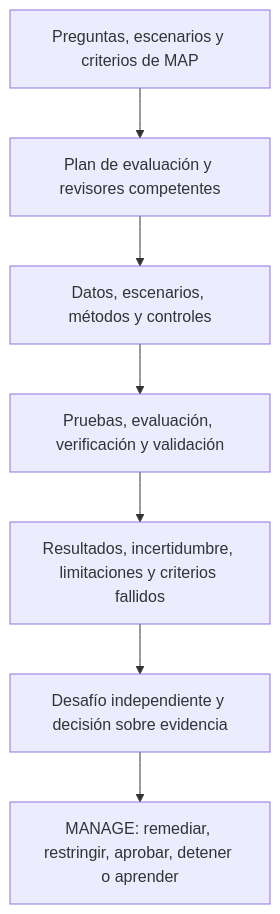
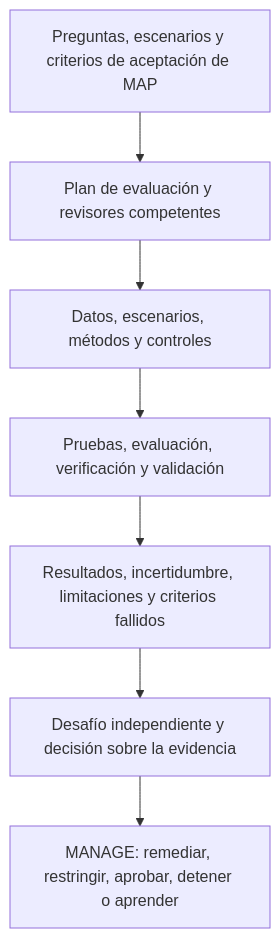
Before and after one commit to Chpmunk31456/GRC-Practical-Manuals: the first of 3 diagrams in 01-foundations/NIST_AI_RMF_1.0/es-419/source/03_MEASURE_CHAPTERS_17_24.md, drawn with Mermaid. The commit also changed other lines of this file, not shown here.

````diff
--- a/01-foundations/NIST_AI_RMF_1.0/es-419/source/03_MEASURE_CHAPTERS_17_24.md
+++ b/01-foundations/NIST_AI_RMF_1.0/es-419/source/03_MEASURE_CHAPTERS_17_24.md
@@ -31,9 +35,9 @@
 ```mermaid
 flowchart TD
-    A["Preguntas, escenarios y criterios de MAP"] --> B["Plan de evaluación y revisores competentes"]
+    A["Preguntas, escenarios y criterios de aceptación de MAP"] --> B["Plan de evaluación y revisores competentes"]
     B --> C["Datos, escenarios, métodos y controles"]
     C --> D["Pruebas, evaluación, verificación y validación"]
     D --> E["Resultados, incertidumbre, limitaciones y criterios fallidos"]
-    E --> F["Desafío independiente y decisión sobre evidencia"]
+    E --> F["Desafío independiente y decisión sobre la evidencia"]
     F --> G["MANAGE: remediar, restringir, aprobar, detener o aprender"]
 ```
````
